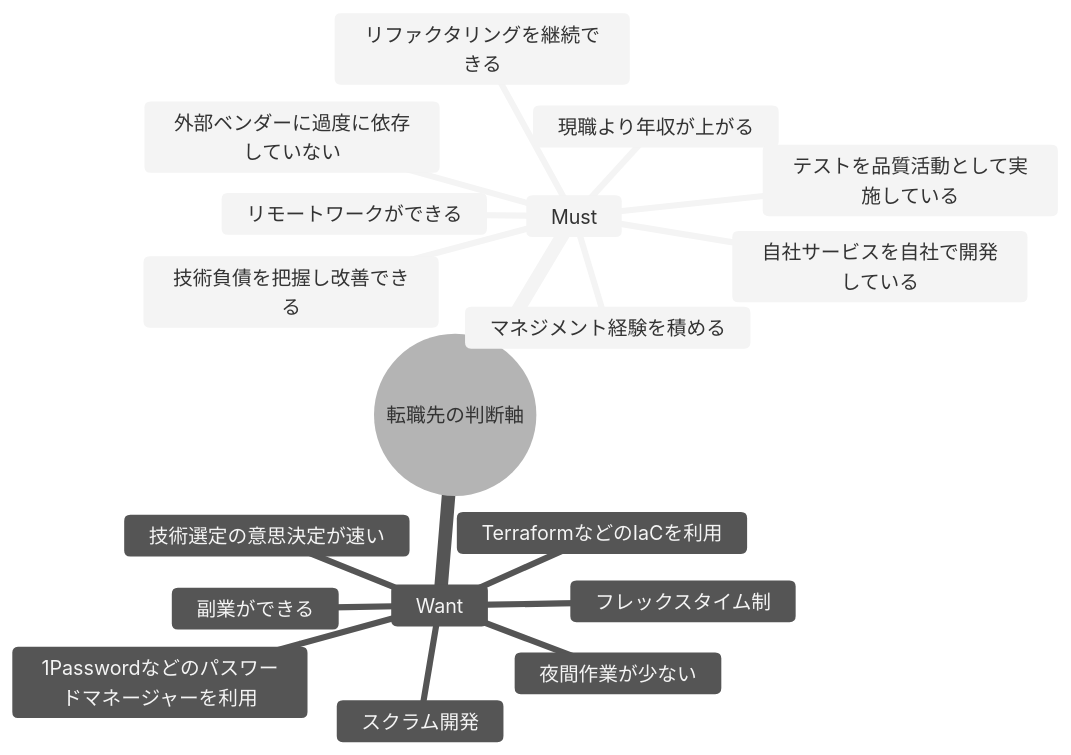
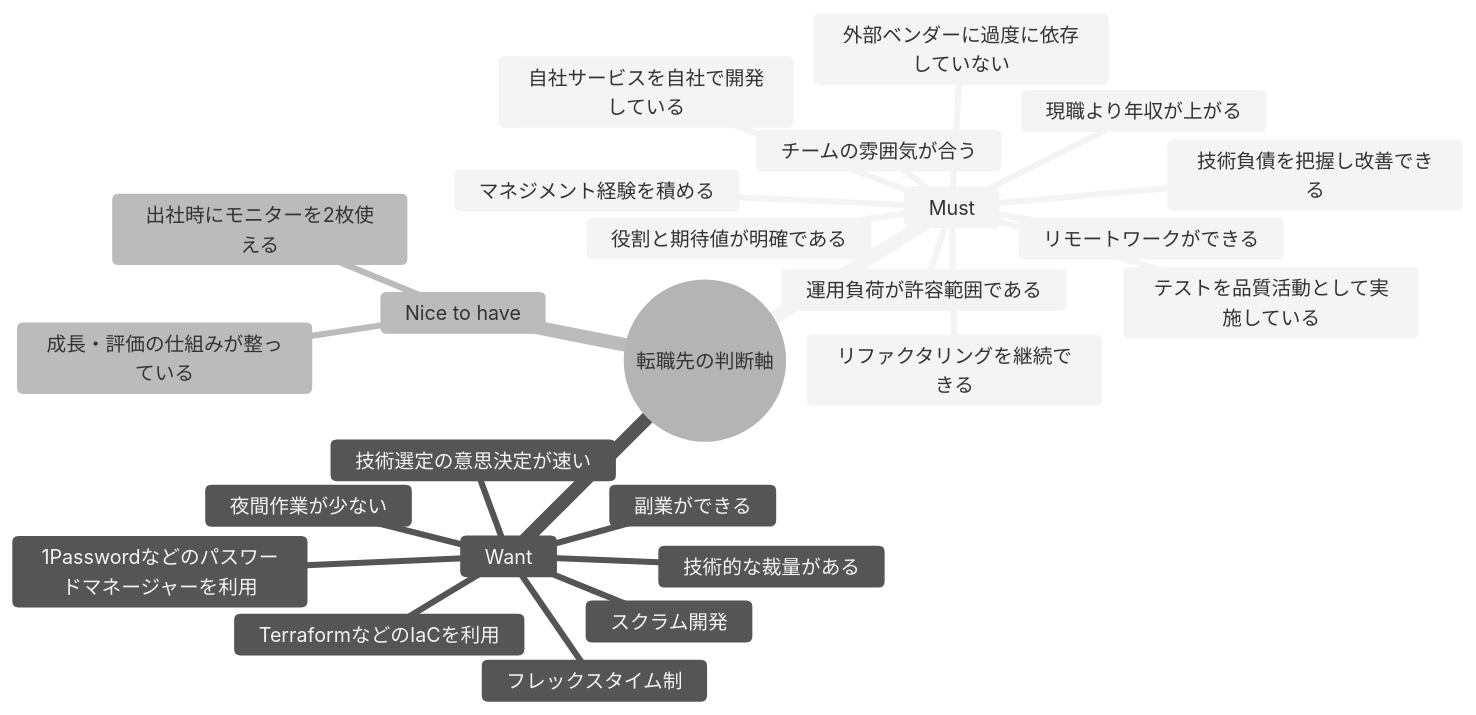
Before and after one commit to zucky-quest/it-vault: the first of 2 diagrams in 02-projects/job-change/job-change-criteria.md, drawn with Mermaid (neutral theme). The commit also changed other lines of this file, not shown here.

````diff
--- a/02-projects/job-change/job-change-criteria.md
+++ b/02-projects/job-change/job-change-criteria.md
@@ -7,21 +7,28 @@
 ```mermaid
 mindmap
   root((転職先の判断軸))
     Must
       リモートワークができる
       現職より年収が上がる
       自社サービスを自社で開発している
       外部ベンダーに過度に依存していない
       技術負債を把握し改善できる
       リファクタリングを継続できる
       テストを品質活動として実施している
       マネジメント経験を積める
+      運用負荷が許容範囲である
+      チームの雰囲気が合う
+      役割と期待値が明確である
     Want
       副業ができる
       フレックスタイム制
       TerraformなどのIaCを利用
       技術選定の意思決定が速い
       夜間作業が少ない
       1Passwordなどのパスワードマネージャーを利用
       スクラム開発
+      技術的な裁量がある
+    Nice to have
+      成長・評価の仕組みが整っている
+      出社時にモニターを2枚使える
 ```
````
